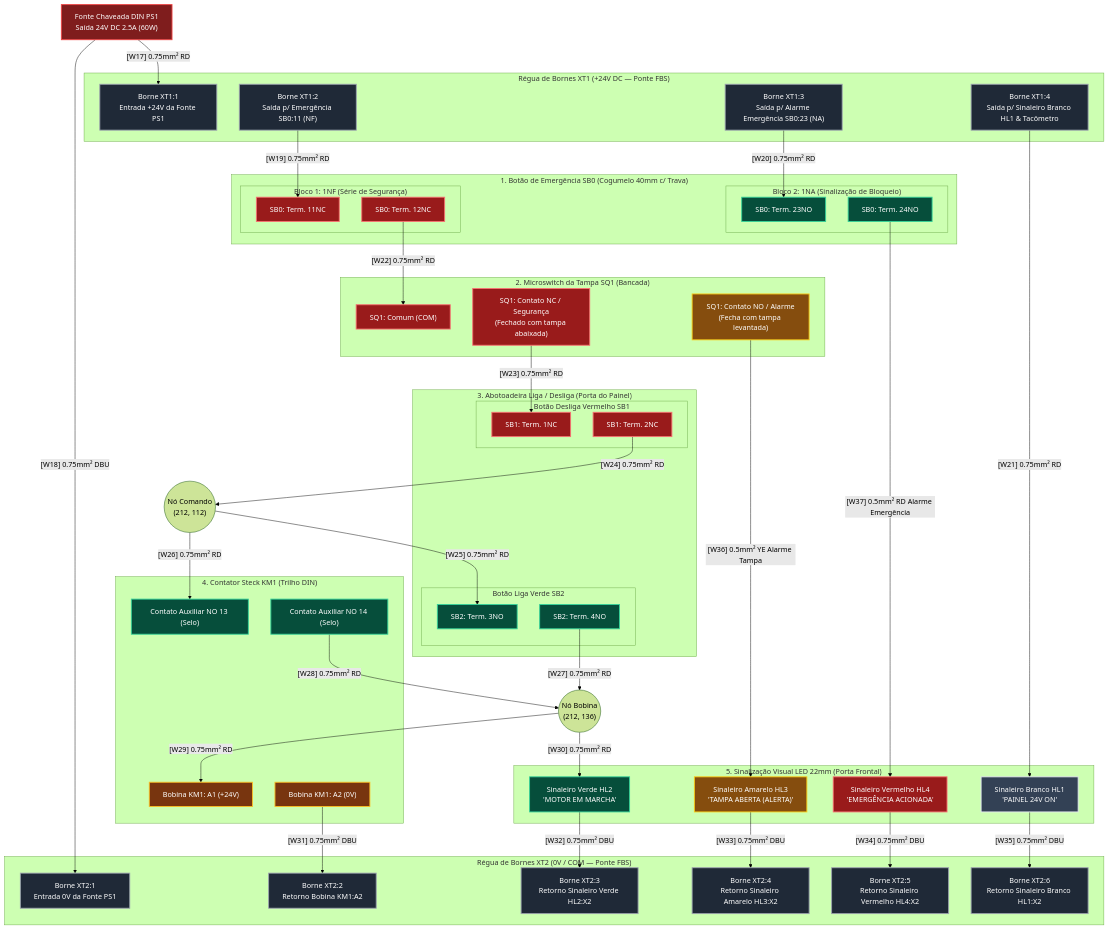
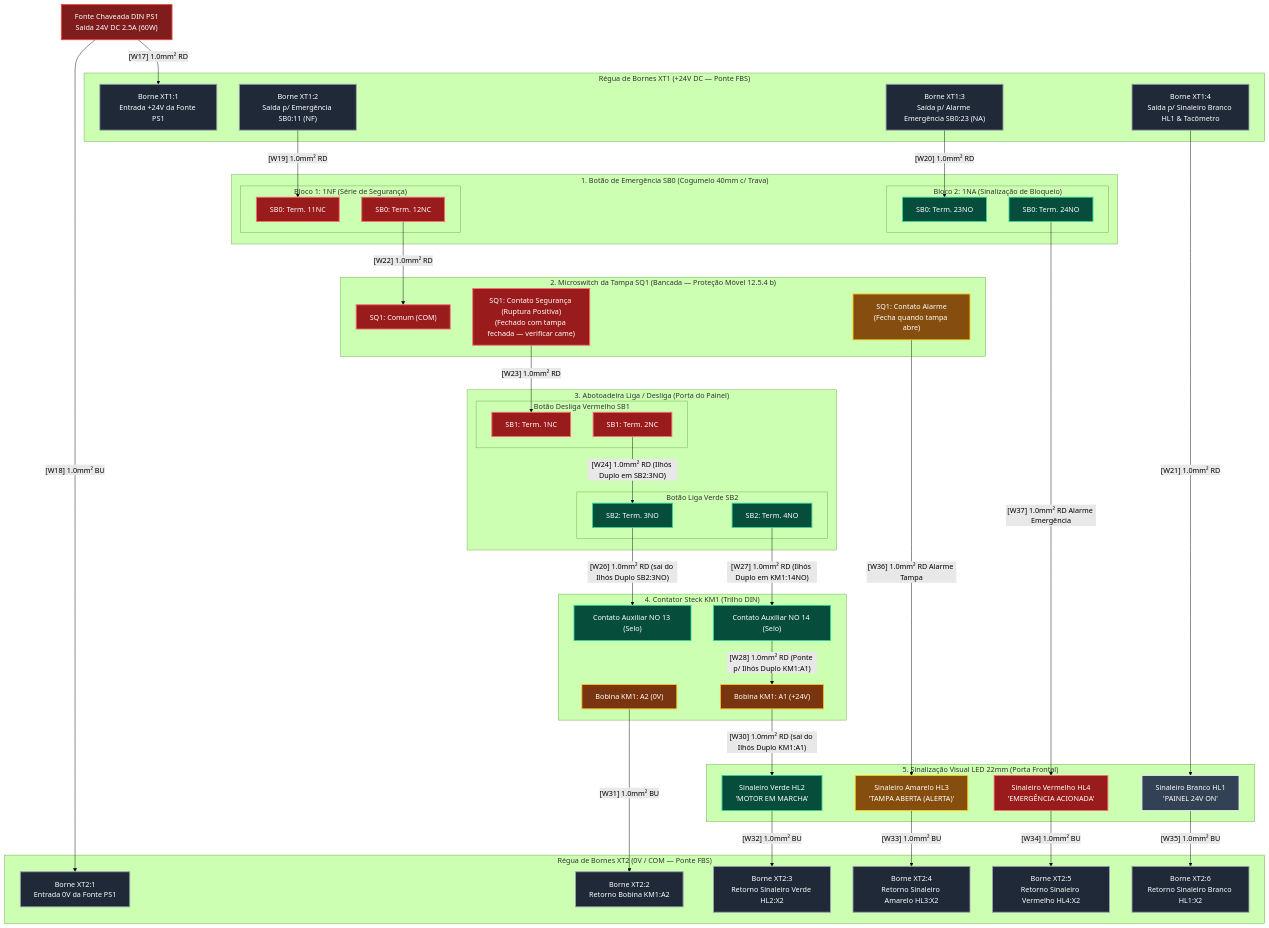
The fourth of 5 diagrams in docs/iot/DIAGRAMAS_ELETRICOS_UNIFILAR_MULTIFILAR.md (Andre-Macedo/amemiya), drawn with Mermaid (forest theme) before and after one commit. The commit also changed other lines of this file and 48 other files, not shown here.

Commit message:
docs(tcc): add ADRs 004-008, offline HTML renderer, V2 schematic alignment, and remove SCT-013/INMP441

````diff
--- a/docs/iot/DIAGRAMAS_ELETRICOS_UNIFILAR_MULTIFILAR.md
+++ b/docs/iot/DIAGRAMAS_ELETRICOS_UNIFILAR_MULTIFILAR.md
@@ -198,10 +197,10 @@
         end
     end
 
-    subgraph SEGURANCA_TAMPA["2. Microswitch da Tampa SQ1 (Bancada)"]
+    subgraph SEGURANCA_TAMPA["2. Microswitch da Tampa SQ1 (Bancada — Proteção Móvel 12.5.4 b)"]
         SQ_COM["SQ1: Comum (COM)"]:::safe
-        SQ_NC["SQ1: Contato NC / Segurança<br/>(Fechado com tampa abaixada)"]:::safe
-        SQ_NO["SQ1: Contato NO / Alarme<br/>(Fecha com tampa levantada)"]:::yellow
+        SQ_NC["SQ1: Contato Segurança (Ruptura Positiva)<br/>(Fechado com tampa fechada — verificar came)"]:::safe
+        SQ_NO["SQ1: Contato Alarme<br/>(Fecha quando tampa abre)"]:::yellow
     end
 
     subgraph BOTOES_COMANDO["3. Abotoadeira Liga / Desliga (Porta do Painel)"]
@@ -230,37 +229,35 @@
     end
 
     %% Alimentação Fonte -> Bornes de Distribuição
-    FONTE_PS1 -->|"[W17] 0.75mm² RD"| XT1_1
-    FONTE_PS1 -->|"[W18] 0.75mm² DBU"| XT2_1
+    FONTE_PS1 -->|"[W17] 1.0mm² RD"| XT1_1
+    FONTE_PS1 -->|"[W18] 1.0mm² BU"| XT2_1
 
     %% Distribuição XT1 (+24V)
-    XT1_2 -->|"[W19] 0.75mm² RD"| SB0_11
-    XT1_3 -->|"[W20] 0.75mm² RD"| SB0_23
-    XT1_4 -->|"[W21] 0.75mm² RD"| HL1_LED
+    XT1_2 -->|"[W19] 1.0mm² RD"| SB0_11
+    XT1_3 -->|"[W20] 1.0mm² RD"| SB0_23
+    XT1_4 -->|"[W21] 1.0mm² RD"| HL1_LED
 
-    %% Cadeia de Segurança em Série (NR-12)
-    SB0_12 -->|"[W22] 0.75mm² RD"| SQ_COM
-    SQ_NC -->|"[W23] 0.75mm² RD"| SB1_1
-    SB1_2 -->|"[W24] 0.75mm² RD"| NO_CMD(("Nó Comando<br/>(212, 112)"))
+    %% Cadeia de Segurança em Série (NR-12) e Ilhós Duplo em SB2:3NO
+    SB0_12 -->|"[W22] 1.0mm² RD"| SQ_COM
+    SQ_NC -->|"[W23] 1.0mm² RD"| SB1_1
+    SB1_2 -->|"[W24] 1.0mm² RD (Ilhós Duplo em SB2:3NO)"| SB2_3
 
-    %% Ramo Liga / Selo em Paralelo
-    NO_CMD -->|"[W25] 0.75mm² RD"| SB2_3
-    NO_CMD -->|"[W26] 0.75mm² RD"| KM1_13
-    SB2_4 -->|"[W27] 0.75mm² RD"| NO_COIL(("Nó Bobina<br/>(212, 136)"))
-    KM1_14 -->|"[W28] 0.75mm² RD"| NO_COIL
+    %% Ramo Liga / Selo em Paralelo via Ilhós Duplos
+    SB2_3 -->|"[W26] 1.0mm² RD (sai do Ilhós Duplo SB2:3NO)"| KM1_13
+    SB2_4 -->|"[W27] 1.0mm² RD (Ilhós Duplo em KM1:14NO)"| KM1_14
+    KM1_14 -->|"[W28] 1.0mm² RD (Ponte p/ Ilhós Duplo KM1:A1)"| KM1_A1
 
-    %% Acionamento da Bobina e Sinaleiro Verde (Paralelo)
-    NO_COIL -->|"[W29] 0.75mm² RD"| KM1_A1
-    NO_COIL -->|"[W30] 0.75mm² RD"| HL2_LED
+    %% Acionamento do Sinaleiro Verde em Paralelo (saindo do Ilhós Duplo KM1:A1)
+    KM1_A1 -->|"[W30] 1.0mm² RD (sai do Ilhós Duplo KM1:A1)"| HL2_LED
 
     %% Alarmes de Segurança
-    SQ_NO -->|"[W36] 0.5mm² YE Alarme Tampa"| HL3_LED
-    SB0_24 -->|"[W37] 0.5mm² RD Alarme Emergência"| HL4_LED
+    SQ_NO -->|"[W36] 1.0mm² RD Alarme Tampa"| HL3_LED
+    SB0_24 -->|"[W37] 1.0mm² RD Alarme Emergência"| HL4_LED
 
     %% Retornos de 0V para a Régua XT2
-    KM1_A2 -->|"[W31] 0.75mm² DBU"| XT2_2
-    HL2_LED -->|"[W32] 0.75mm² DBU"| XT2_3
-    HL3_LED -->|"[W33] 0.75mm² DBU"| XT2_4
-    HL4_LED -->|"[W34] 0.75mm² DBU"| XT2_5
-    HL1_LED -->|"[W35] 0.75mm² DBU"| XT2_6
+    KM1_A2 -->|"[W31] 1.0mm² BU"| XT2_2
+    HL2_LED -->|"[W32] 1.0mm² BU"| XT2_3
+    HL3_LED -->|"[W33] 1.0mm² BU"| XT2_4
+    HL4_LED -->|"[W34] 1.0mm² BU"| XT2_5
+    HL1_LED -->|"[W35] 1.0mm² BU"| XT2_6
 ```
````
